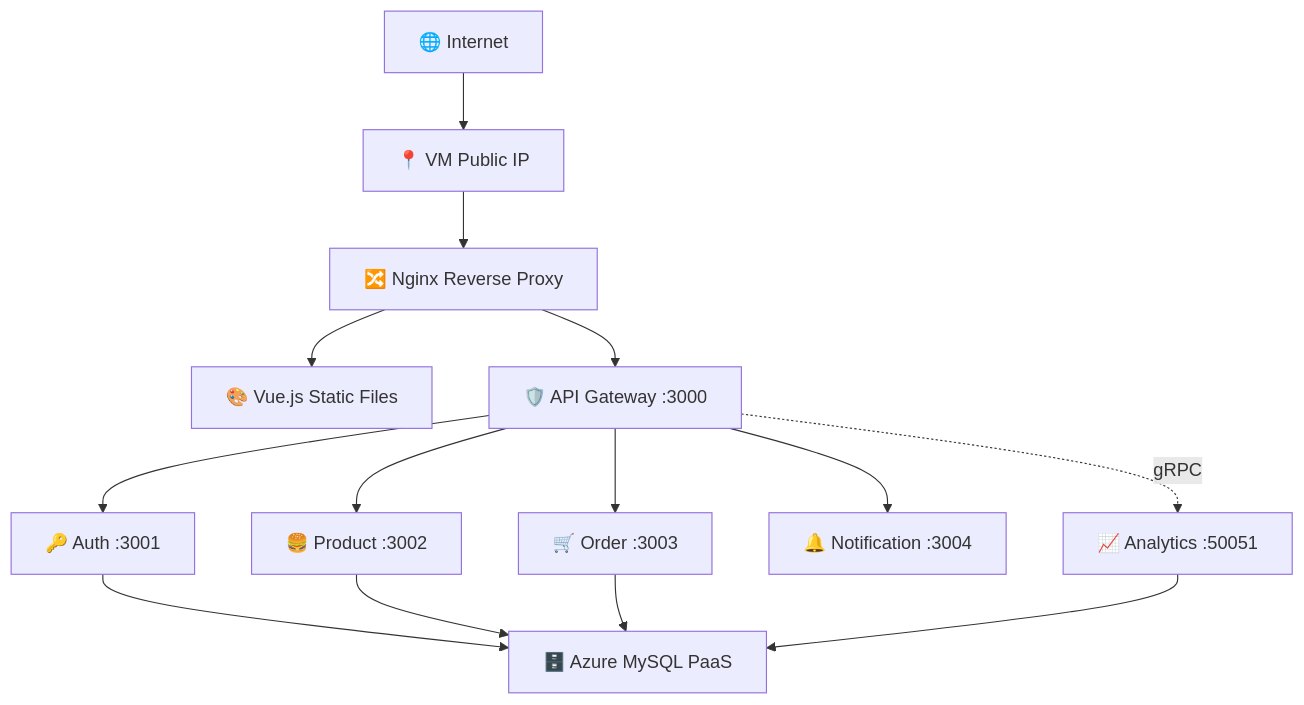
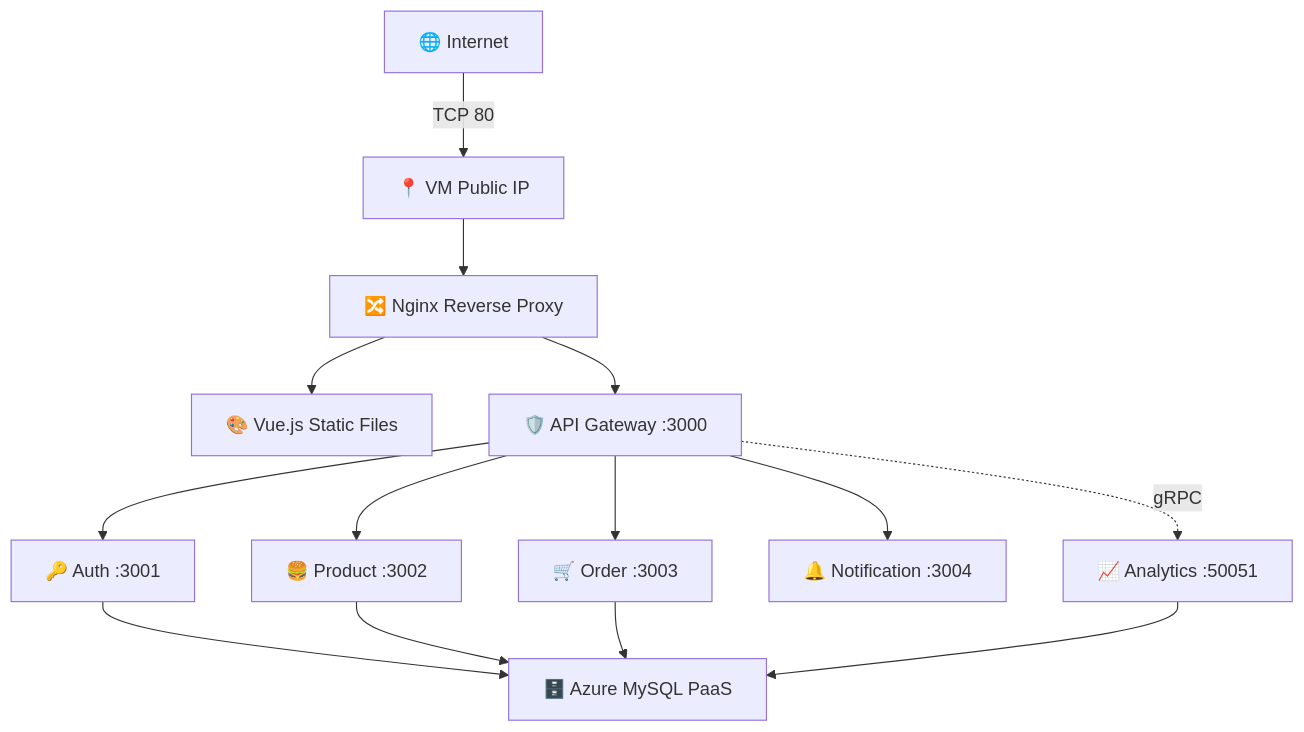
One commit to adamyudhistiramuhtar-byte/SistrackV2 changed the first of 5 diagrams in docs/cloud-infrastructure/AzureArchitecture.md. Above: the diagram before and after it, drawn with Mermaid. The commit also changed other lines of this file and 15 other files, not shown here.

Commit message:
docs: overhaul project documentation with comprehensive cloud architecture guides and professionalize README content

````diff
--- a/docs/cloud-infrastructure/AzureArchitecture.md
+++ b/docs/cloud-infrastructure/AzureArchitecture.md
@@ -50,13 +62,13 @@
 ```mermaid
 graph TD
-    Internet["🌐 Internet"] --> PIP["📍 VM Public IP"]
+    Internet["🌐 Internet"] -->|TCP 80| PIP["📍 VM Public IP"]
     PIP --> Nginx["🔀 Nginx Reverse Proxy"]
     Nginx --> Frontend["🎨 Vue.js Static Files"]
     Nginx --> Gateway["🛡️ API Gateway :3000"]
     Gateway --> Auth["🔑 Auth :3001"]
     Gateway --> Product["🍔 Product :3002"]
     Gateway --> Order["🛒 Order :3003"]
     Gateway --> Notif["🔔 Notification :3004"]
     Gateway -.->|gRPC| Analytics["📈 Analytics :50051"]
     Auth & Product & Order & Analytics --> DB["🗄️ Azure MySQL PaaS"]
 ```
````
